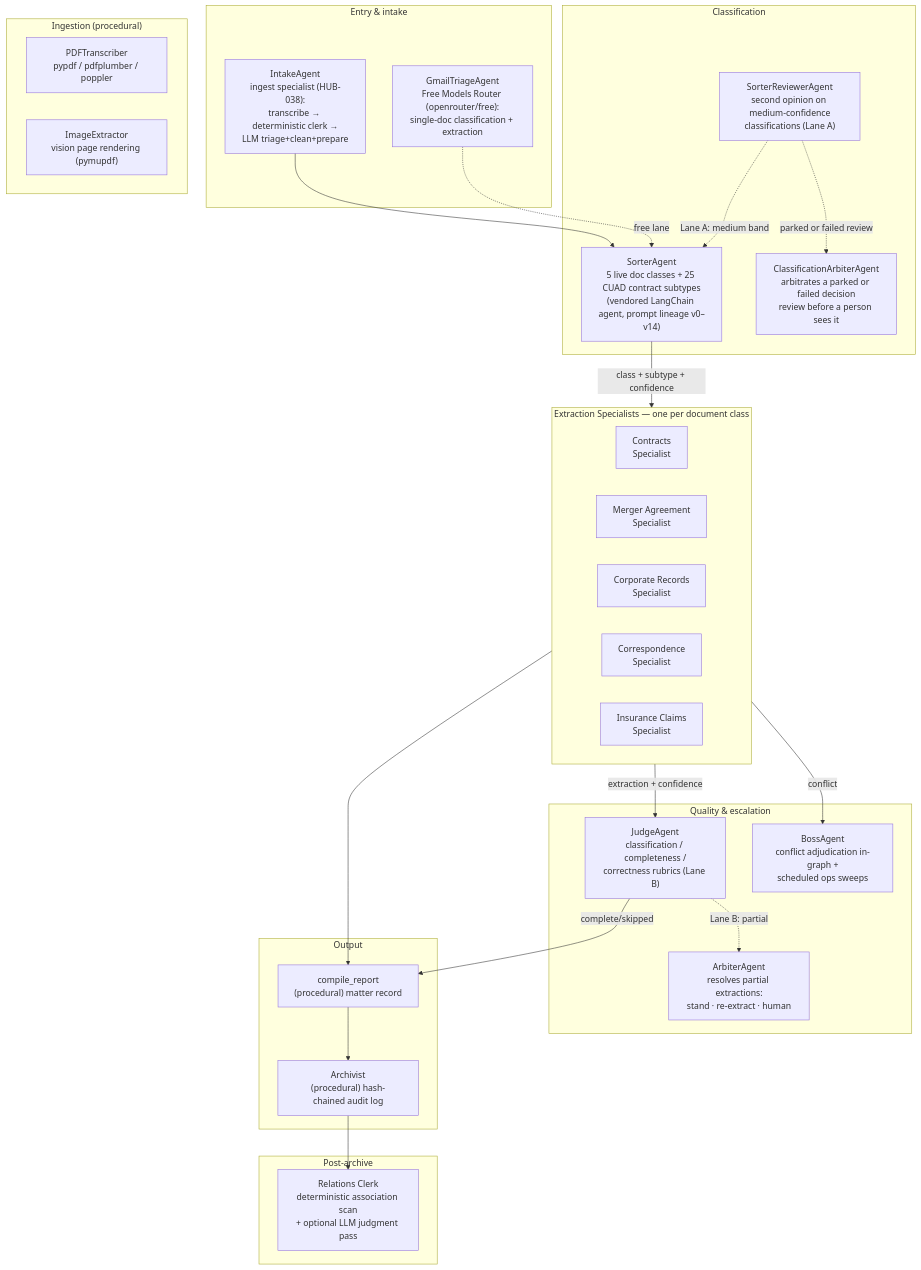
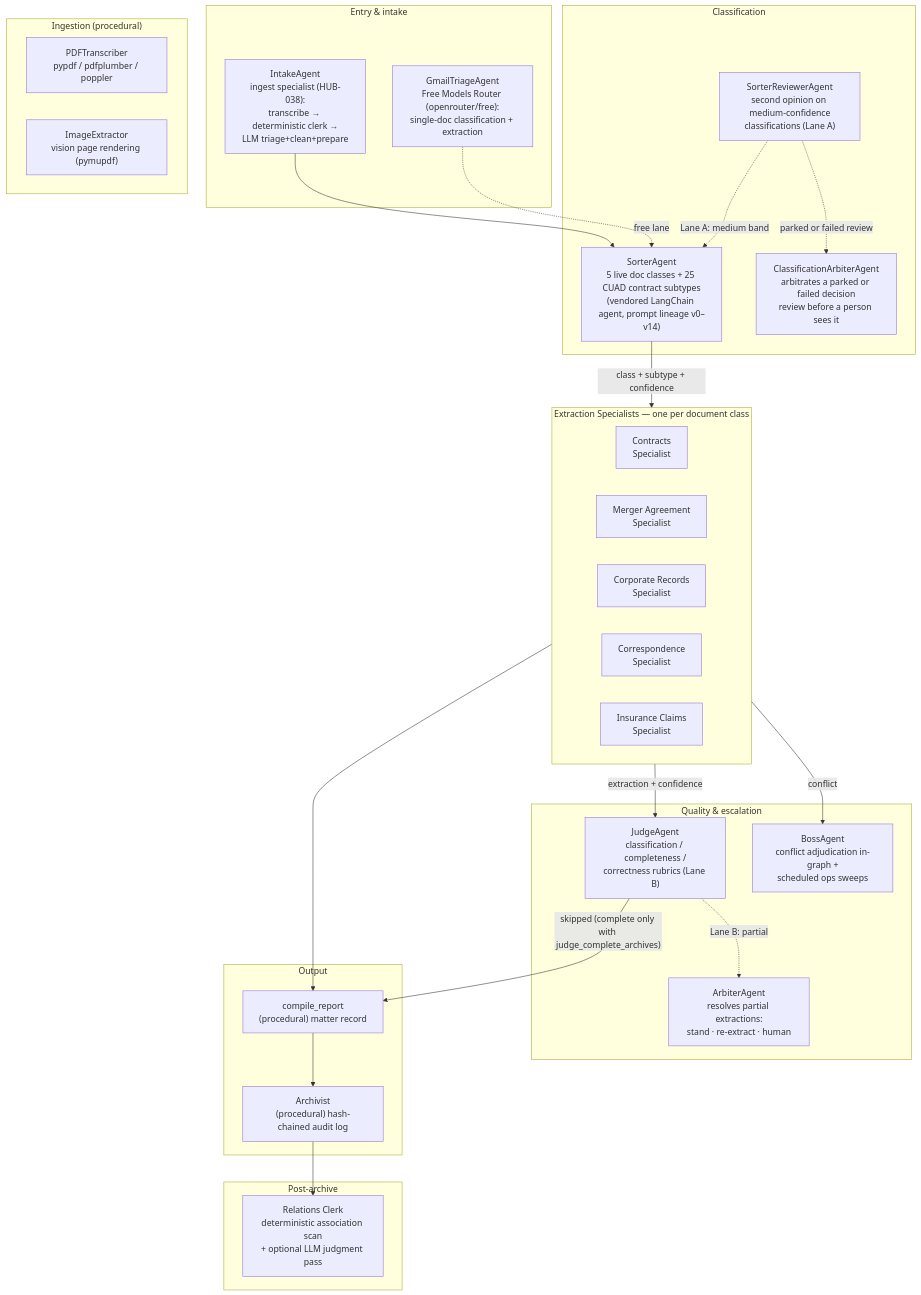
Before and after one commit to Exios66/llm-mailroom: the second of 2 diagrams in README.md, drawn with Mermaid. The commit also changed other lines of this file and 14 other files, not shown here.

````diff
--- a/README.md
+++ b/README.md
@@ -369,54 +370,54 @@
 ```mermaid
 flowchart TB
     subgraph ENTRY["Entry & intake"]
         INTAKE["IntakeAgent<br/>ingest specialist (HUB-038):<br/>transcribe → deterministic clerk →<br/>LLM triage+clean+prepare"]
         GMAIL["GmailTriageAgent<br/>Free Models Router (openrouter/free):<br/>single-doc classification + extraction"]
     end
 
     subgraph CLASSIFY["Classification"]
         SORTER["SorterAgent<br/>5 live doc classes + 25 CUAD contract subtypes<br/>(vendored LangChain agent, prompt lineage v0–v14)"]
         REVIEWER["SorterReviewerAgent<br/>second opinion on medium-confidence<br/>classifications (Lane A)"]
         CLASS_ARBITER["ClassificationArbiterAgent<br/>arbitrates a parked or failed decision<br/>review before a person sees it"]
     end
 
     subgraph SPECIALISTS["Extraction Specialists — one per document class"]
         CONTRACTS["Contracts<br/>Specialist"]
         MERGER["Merger Agreement<br/>Specialist"]
         CORP["Corporate Records<br/>Specialist"]
         CORR["Correspondence<br/>Specialist"]
         INS["Insurance Claims<br/>Specialist"]
     end
 
     subgraph QUALITY["Quality & escalation"]
         JUDGE["JudgeAgent<br/>classification / completeness /<br/>correctness rubrics (Lane B)"]
         ARBITER["ArbiterAgent<br/>resolves partial extractions:<br/>stand · re-extract · human"]
         BOSS["BossAgent<br/>conflict adjudication in-graph +<br/>scheduled ops sweeps"]
     end
 
     subgraph OUTPUT["Output"]
         REPORTER["compile_report<br/>(procedural) matter record"]
         ARCHIVIST["Archivist<br/>(procedural) hash-chained audit log"]
     end
 
     subgraph POST["Post-archive"]
         RELATIONS["Relations Clerk<br/>deterministic association scan<br/>+ optional LLM judgment pass"]
     end
 
     subgraph INGEST2["Ingestion (procedural)"]
         PDF["PDFTranscriber<br/>pypdf / pdfplumber / poppler"]
         IMG["ImageExtractor<br/>vision page rendering (pymupdf)"]
     end
 
     INTAKE --> SORTER
     GMAIL -.->|free lane| SORTER
     SORTER -- "class + subtype + confidence" --> SPECIALISTS
     REVIEWER -. "Lane A: medium band" .-> SORTER
     REVIEWER -. "parked or failed review" .-> CLASS_ARBITER
     SPECIALISTS -- "extraction + confidence" --> JUDGE
     JUDGE -. "Lane B: partial" .-> ARBITER
     SPECIALISTS -- "conflict" --> BOSS
     SPECIALISTS --> REPORTER
-    JUDGE -- "complete/skipped" --> REPORTER
+    JUDGE -- "skipped (complete only with judge_complete_archives)" --> REPORTER
     REPORTER --> ARCHIVIST
     ARCHIVIST --> RELATIONS
 ```
````
